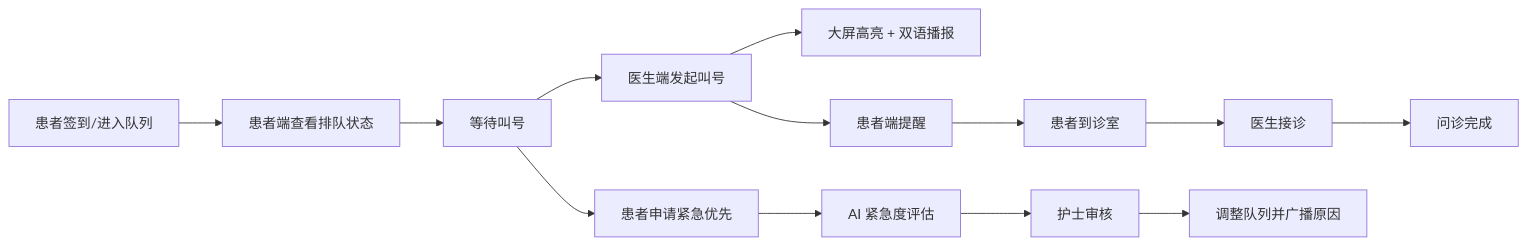
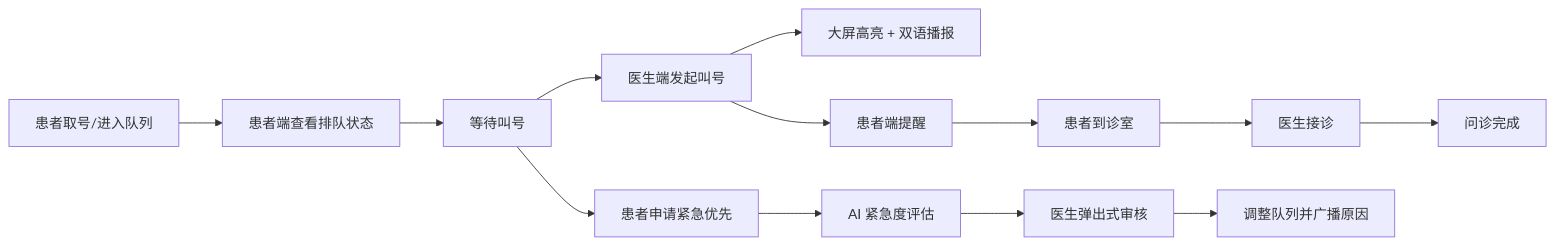
The diagram in docs/prd_v1.md (Humble-Geralt/MEDIQUEUE), drawn with Mermaid before and after one commit. The commit also changed other lines of this file and 5 other files, not shown here.

Commit message:
docs: expand README and add architecture guides

````diff
--- a/docs/prd_v1.md
+++ b/docs/prd_v1.md
@@ -160,15 +162,15 @@
 ```mermaid
 flowchart LR
-    A["患者签到/进入队列"] --> B["患者端查看排队状态"]
+    A["患者取号/进入队列"] --> B["患者端查看排队状态"]
     B --> C["等待叫号"]
     C --> D["医生端发起叫号"]
     D --> E["大屏高亮 + 双语播报"]
     D --> F["患者端提醒"]
     F --> G["患者到诊室"]
     G --> H["医生接诊"]
     H --> I["问诊完成"]
     C --> J["患者申请紧急优先"]
     J --> K["AI 紧急度评估"]
-    K --> L["护士审核"]
+    K --> L["医生弹出式审核"]
     L --> M["调整队列并广播原因"]
 ```
````
